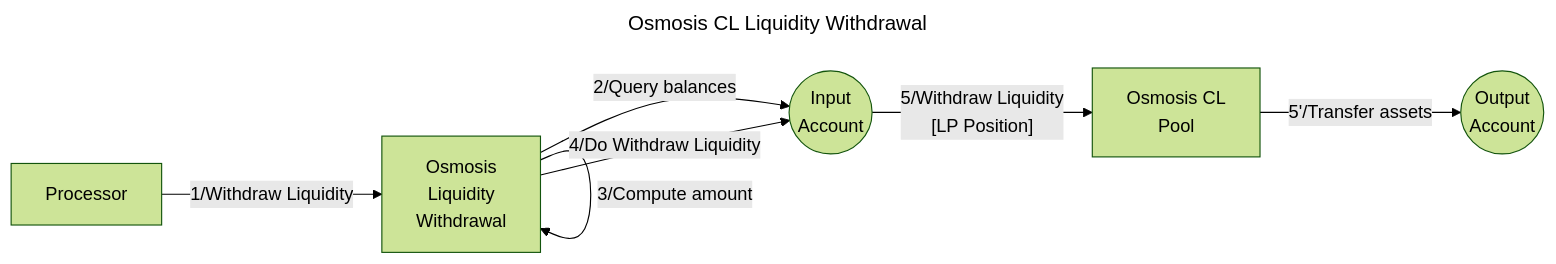
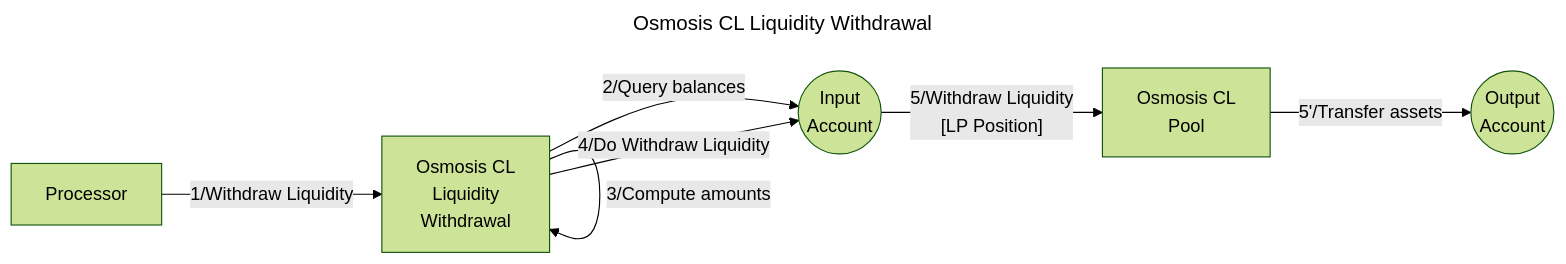
The diagram in docs/src/libraries/osmosis-cl-withdrawer.md (timewave-computer/valence-protocol), drawn with Mermaid (forest theme) before and after one commit. The commit also changed other lines of this file and 4 other files, not shown here.

````diff
--- a/docs/src/libraries/osmosis-cl-withdrawer.md
+++ b/docs/src/libraries/osmosis-cl-withdrawer.md
@@ -8,23 +8,23 @@
 ```mermaid
 ---
 title: Osmosis CL Liquidity Withdrawal
 ---
 graph LR
   IA((Input
       Account))
   OA((Output
 		  Account))
   P[Processor]
-  S[Osmosis
+  S[Osmosis CL
       Liquidity
       Withdrawal]
   AP[Osmosis CL
      Pool]
   P -- 1/Withdraw Liquidity --> S
   S -- 2/Query balances --> IA
-  S -- 3/Compute amount --> S
+  S -- 3/Compute amounts --> S
   S -- 4/Do Withdraw Liquidity --> IA
   IA -- 5/Withdraw Liquidity
 				  [LP Position] --> AP
   AP -- 5'/Transfer assets --> OA
 ```
````
